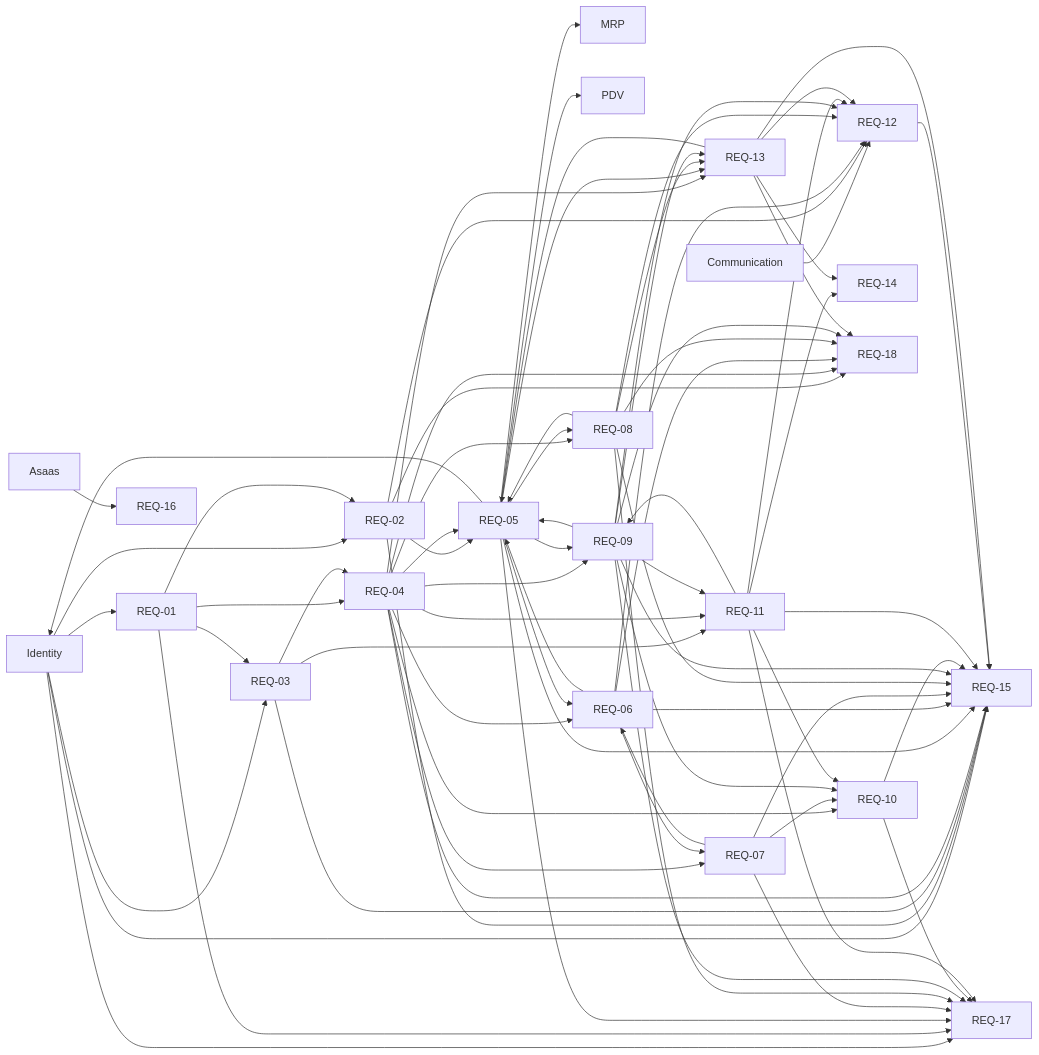
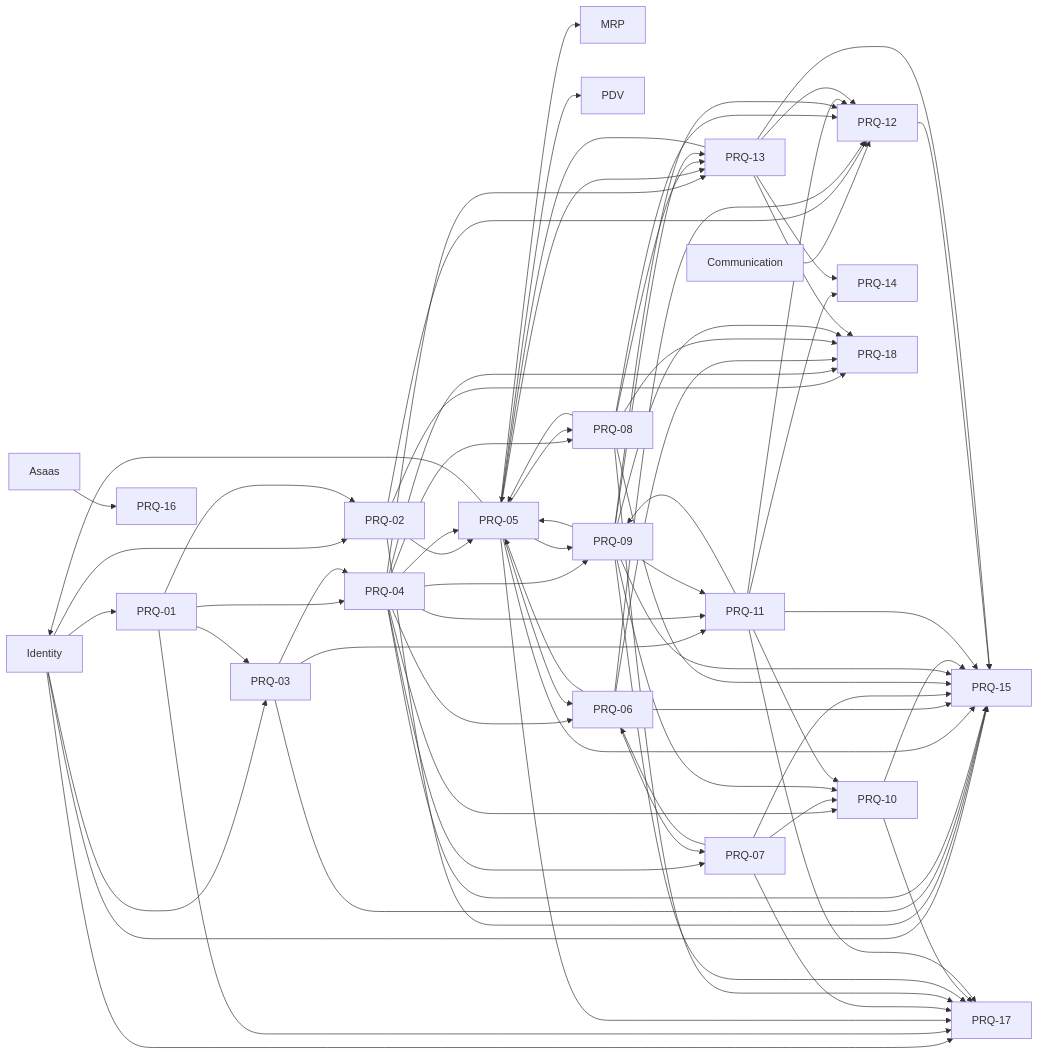
Before and after one commit to rafinel/scoops: the diagram in documentation/prds/billing.md, drawn with Mermaid. The commit also changed other lines of this file and 24 other files, not shown here.

Commit message:
docs(prd): update requirement identifiers from REQ-* to PRQ-* across multiple documents

```diff
--- a/documentation/prds/billing.md
+++ b/documentation/prds/billing.md
@@ -1065,24 +1065,24 @@
     Asaas[Asaas]
     MRP[MRP]
     PDV[PDV]
-    R1[REQ-01]
-    R2[REQ-02]
-    R3[REQ-03]
-    R4[REQ-04]
-    R5[REQ-05]
-    R6[REQ-06]
-    R7[REQ-07]
-    R8[REQ-08]
-    R9[REQ-09]
-    R10[REQ-10]
-    R11[REQ-11]
-    R12[REQ-12]
-    R13[REQ-13]
-    R14[REQ-14]
-    R15[REQ-15]
-    R16[REQ-16]
-    R17[REQ-17]
-    R18[REQ-18]
+    R1[PRQ-01]
+    R2[PRQ-02]
+    R3[PRQ-03]
+    R4[PRQ-04]
+    R5[PRQ-05]
+    R6[PRQ-06]
+    R7[PRQ-07]
+    R8[PRQ-08]
+    R9[PRQ-09]
+    R10[PRQ-10]
+    R11[PRQ-11]
+    R12[PRQ-12]
+    R13[PRQ-13]
+    R14[PRQ-14]
+    R15[PRQ-15]
+    R16[PRQ-16]
+    R17[PRQ-17]
+    R18[PRQ-18]
 
     Identity --> R1
     Identity --> R2
```
